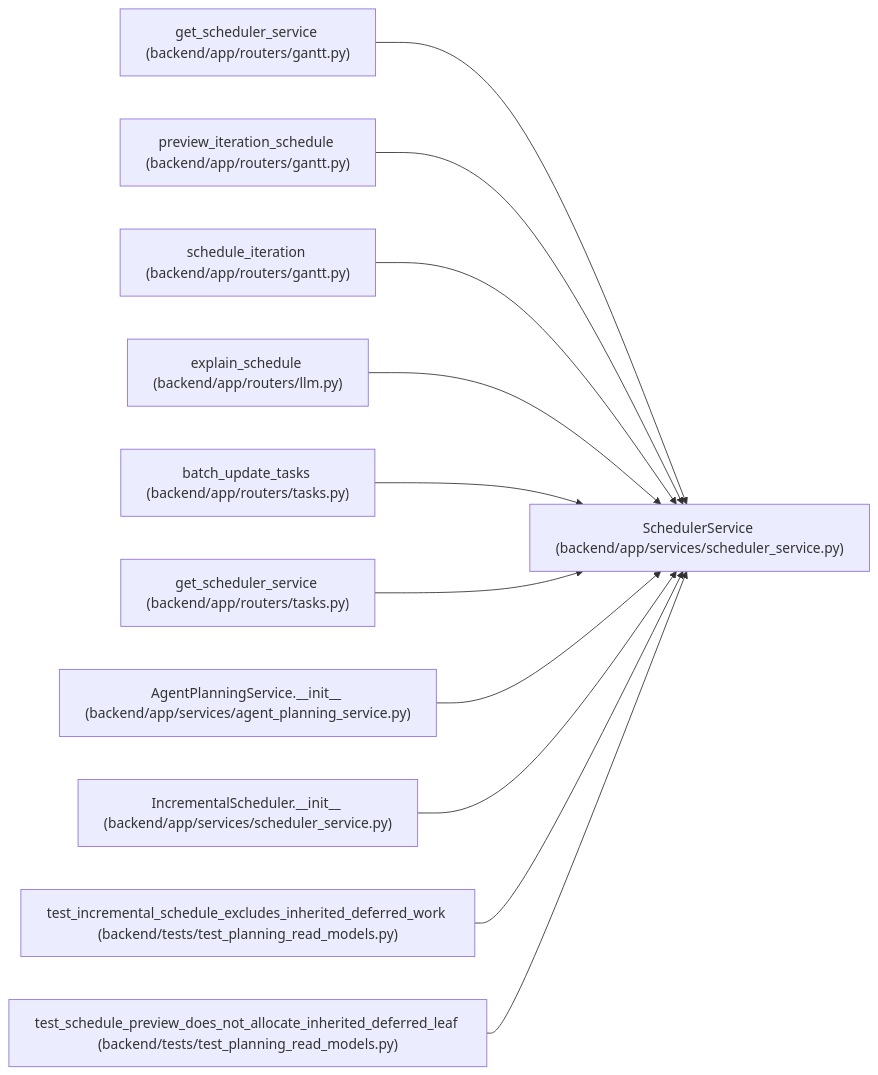
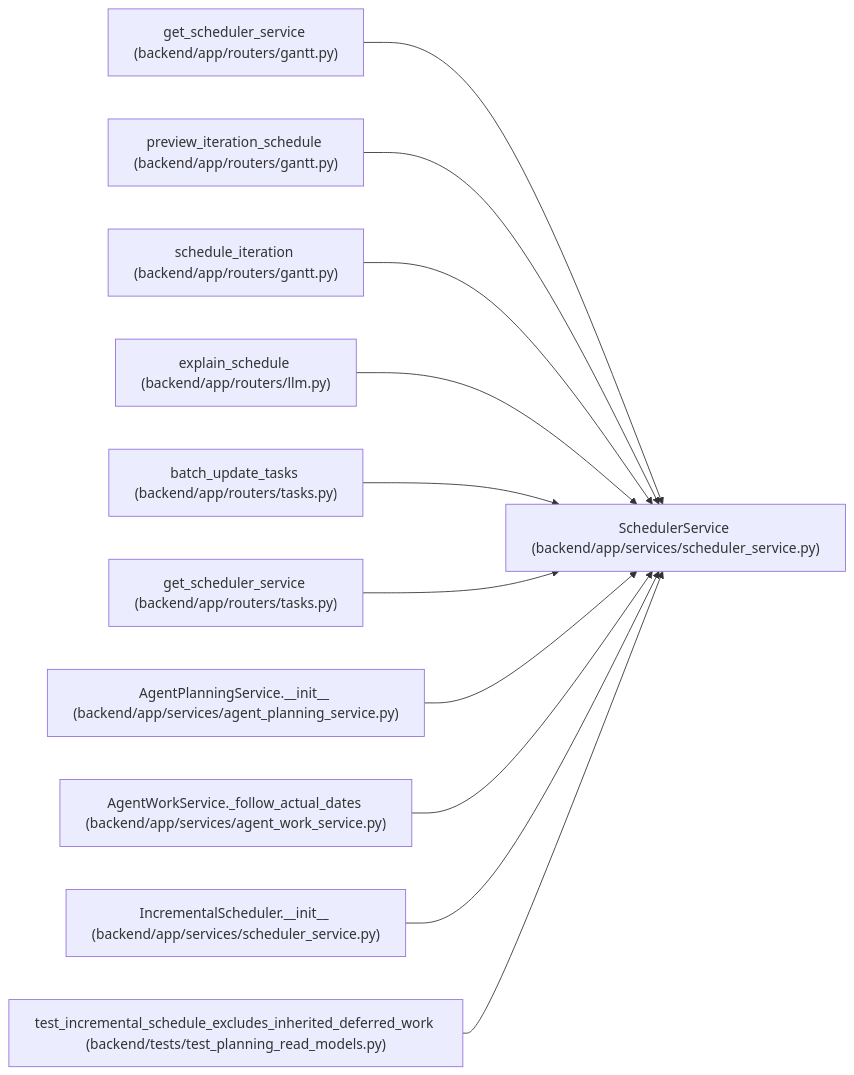
The diagram in docs/llm_wiki/entities/SchedulerService.md (Denissvgn/WorkChord), drawn with Mermaid before and after one commit. The commit also changed other lines of this file and 623 other files, not shown here.

First line of the commit message:
docs(wiki): refresh for early start and dates that follow actual work

````diff
--- a/docs/llm_wiki/entities/SchedulerService.md
+++ b/docs/llm_wiki/entities/SchedulerService.md
@@ -41,35 +42,35 @@
 ```mermaid
 flowchart LR
     n0["SchedulerService (backend/app/services/scheduler_service.py)"]
     n1["get_scheduler_service (backend/app/routers/gantt.py)"]
     n2["preview_iteration_schedule (backend/app/routers/gantt.py)"]
     n3["schedule_iteration (backend/app/routers/gantt.py)"]
     n4["explain_schedule (backend/app/routers/llm.py)"]
     n5["batch_update_tasks (backend/app/routers/tasks.py)"]
     n6["get_scheduler_service (backend/app/routers/tasks.py)"]
     n7["AgentPlanningService.__init__ (backend/app/services/agent_planning_service.py)"]
-    n8["IncrementalScheduler.__init__ (backend/app/services/scheduler_service.py)"]
-    n9["test_incremental_schedule_excludes_inherited_deferred_work (backend/tests/test_planning_read_models.py)"]
-    n10["test_schedule_preview_does_not_allocate_inherited_deferred_leaf (backend/tests/test_planning_read_models.py)"]
+    n8["AgentWorkService._follow_actual_dates (backend/app/services/agent_work_service.py)"]
+    n9["IncrementalScheduler.__init__ (backend/app/services/scheduler_service.py)"]
+    n10["test_incremental_schedule_excludes_inherited_deferred_work (backend/tests/test_planning_read_models.py)"]
     n1 --> n0
     n2 --> n0
     n3 --> n0
     n4 --> n0
     n5 --> n0
     n6 --> n0
     n7 --> n0
     n8 --> n0
     n9 --> n0
     n10 --> n0
     click n0 "../modules/scheduler_service.md"
     click n1 "../modules/routers_gantt.md"
     click n2 "../modules/routers_gantt.md"
     click n3 "../modules/routers_gantt.md"
     click n4 "../modules/routers_llm.md"
     click n5 "../modules/tasks.md"
     click n6 "../modules/tasks.md"
     click n7 "../modules/agent_planning_service.md"
-    click n8 "../modules/scheduler_service.md"
-    click n9 "../modules/test_planning_read_models.md"
+    click n8 "../modules/agent_work_service.md"
+    click n9 "../modules/scheduler_service.md"
     click n10 "../modules/test_planning_read_models.md"
 ```
````
